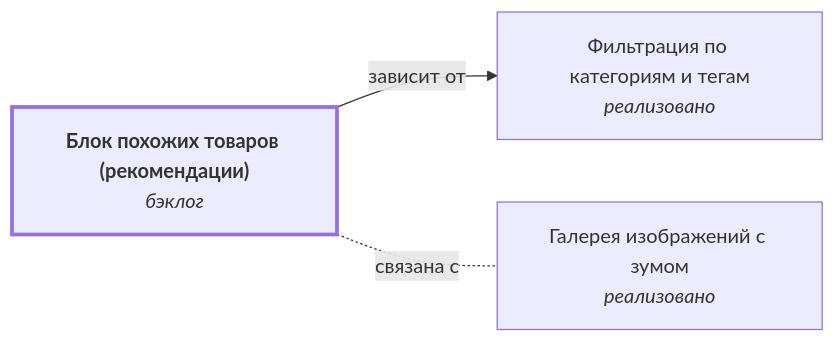
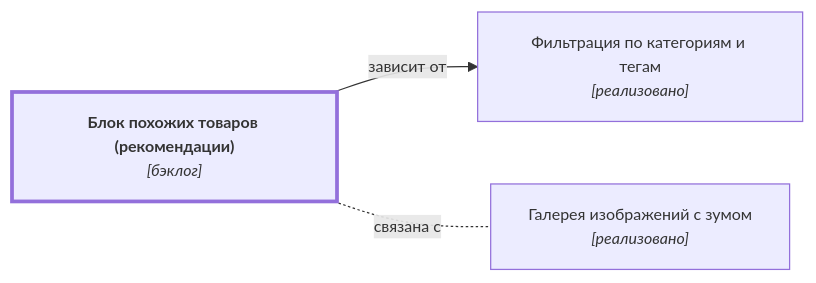
One commit to DmitryKhilko/example-app-requirements changed the diagram in docs/specifications/catalog/product-recommendations.md. Above: the diagram before and after it, drawn with Mermaid. The commit also changed other lines of this file and 21 other files, not shown here.

````diff
--- a/docs/specifications/catalog/product-recommendations.md
+++ b/docs/specifications/catalog/product-recommendations.md
@@ -29,15 +29,16 @@
 ```mermaid
+%%{init: {"themeVariables": {"fontSize": "12.8px"}}}%%
 flowchart LR
-    n0["<b>Блок похожих товаров (рекомендации)</b><br/><i>бэклог</i>"]
-    n1["Фильтрация по категориям и тегам<br/><i>реализовано</i>"]
-    n2["Галерея изображений с зумом<br/><i>реализовано</i>"]
+    n0["<b>Блок похожих товаров (рекомендации)</b><br/><i>[бэклог]</i>"]
+    n1["Фильтрация по категориям и тегам<br/><i>[реализовано]</i>"]
+    n2["Галерея изображений с зумом<br/><i>[реализовано]</i>"]
     n0 -->|"зависит от"| n1
     n0 -.-|"связана с"| n2
 
     classDef current stroke-width:3px
     classDef archived stroke-dasharray:5 4
     class n0 current
 
     click n1 "../filter-categories/"
     click n2 "../product-gallery/"
 ```
````
